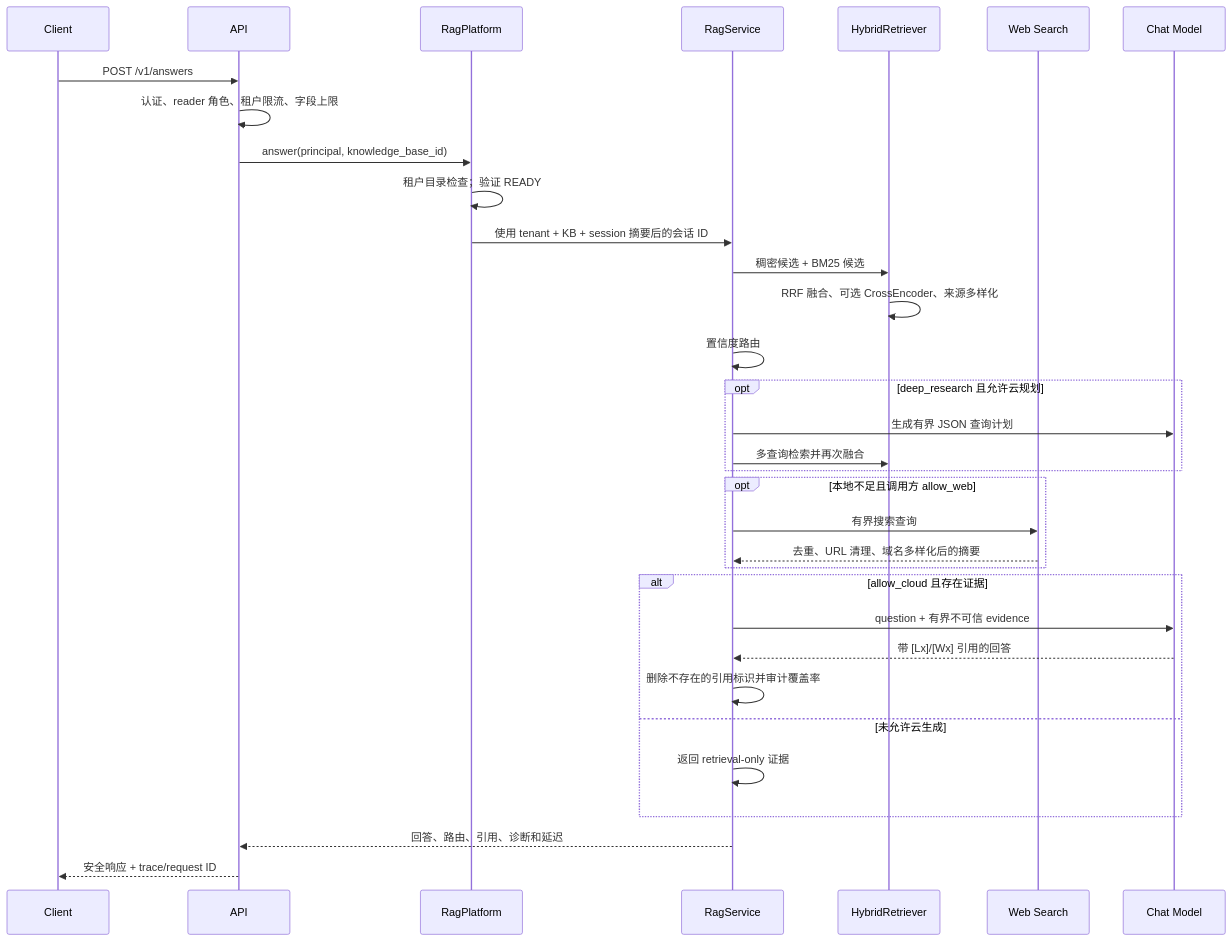
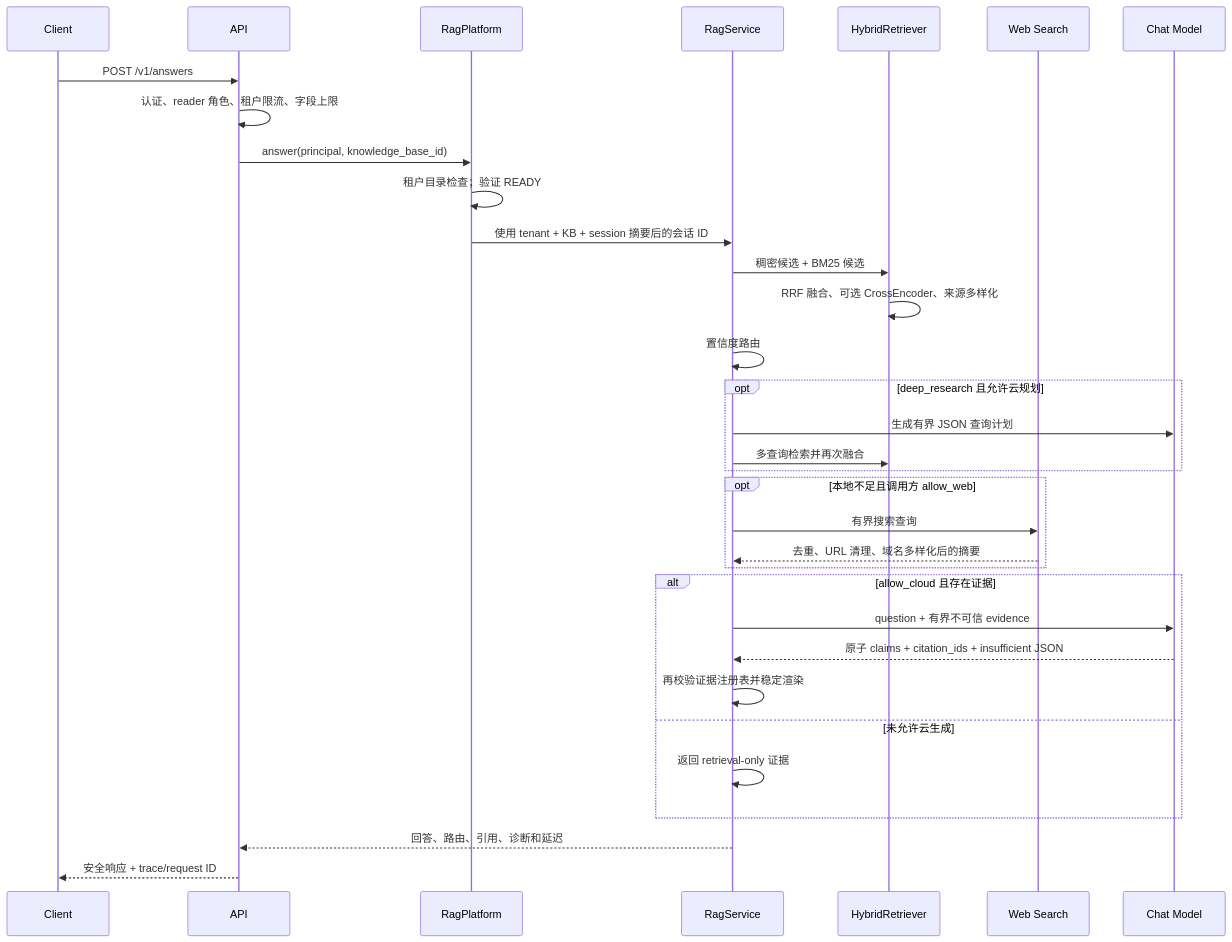
One commit to XWsight/RAG-Search-System changed the fourth of 4 diagrams in docs/architecture.md. Above: the diagram before and after it, drawn with Mermaid. The commit also changed other lines of this file and 22 other files, not shown here.

````diff
--- a/docs/architecture.md
+++ b/docs/architecture.md
@@ -125,36 +126,36 @@
 ```mermaid
 sequenceDiagram
     participant C as Client
     participant A as API
     participant P as RagPlatform
     participant S as RagService
     participant R as HybridRetriever
     participant W as Web Search
     participant L as Chat Model
 
     C->>A: POST /v1/answers
     A->>A: 认证、reader 角色、租户限流、字段上限
     A->>P: answer(principal, knowledge_base_id)
     P->>P: 租户目录检查；验证 READY
     P->>S: 使用 tenant + KB + session 摘要后的会话 ID
     S->>R: 稠密候选 + BM25 候选
     R->>R: RRF 融合、可选 CrossEncoder、来源多样化
     S->>S: 置信度路由
     opt deep_research 且允许云规划
         S->>L: 生成有界 JSON 查询计划
         S->>R: 多查询检索并再次融合
     end
     opt 本地不足且调用方 allow_web
         S->>W: 有界搜索查询
         W-->>S: 去重、URL 清理、域名多样化后的摘要
     end
     alt allow_cloud 且存在证据
         S->>L: question + 有界不可信 evidence
-        L-->>S: 带 [Lx]/[Wx] 引用的回答
-        S->>S: 删除不存在的引用标识并审计覆盖率
+        L-->>S: 原子 claims + citation_ids + insufficient JSON
+        S->>S: 再校验证据注册表并稳定渲染
     else 未允许云生成
         S->>S: 返回 retrieval-only 证据
     end
     S-->>A: 回答、路由、引用、诊断和延迟
     A-->>C: 安全响应 + trace/request ID
 ```
````
